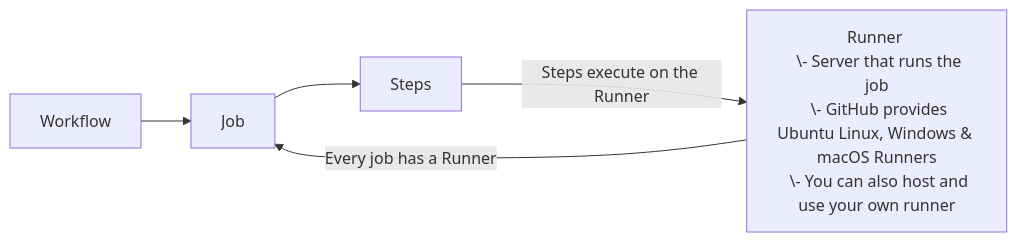
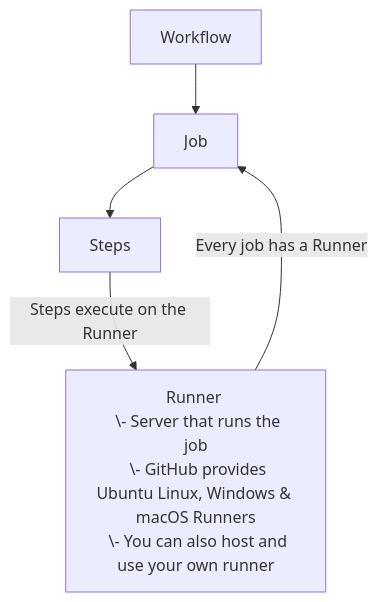
Before and after one commit to rtdevx/rtdevx.github.io: the second of 2 diagrams in content/posts/training/GitHub/2025-github-actions/03-fundamentals/index.md, drawn with Mermaid.

Commit message:
Obsidian sync: 2025-12-09 10:20:19

```diff
--- a/content/posts/training/GitHub/2025-github-actions/03-fundamentals/index.md
+++ b/content/posts/training/GitHub/2025-github-actions/03-fundamentals/index.md
@@ -182,12 +182,12 @@
 {{< mermaid >}}
-flowchart LR
+flowchart TD
   A[Workflow] --> B[Job]
   B --> C[Steps]
   C -->|Steps execute on the Runner| D[
   Runner 
   \- Server that runs the job
   \- GitHub provides Ubuntu Linux, Windows & macOS Runners
   \- You can also host and use your own runner
   ]
   D -->|Every job has a Runner| B[Job]
 {{< /mermaid >}}
```
